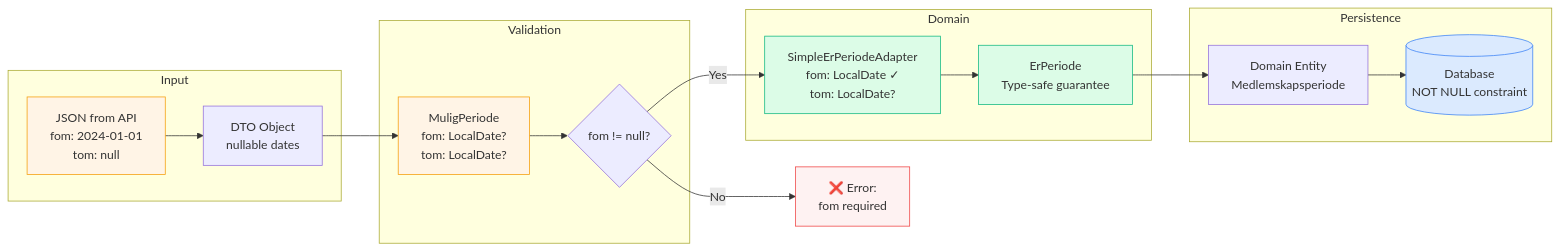
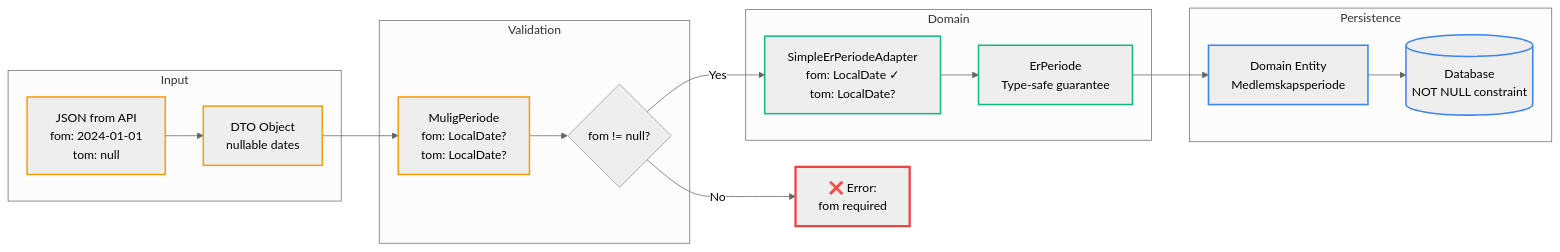
Before and after one commit to navikt/melosys-api: the fourth of 5 diagrams in ErPeriode-Solution.md, drawn with Mermaid. The commit also changed other lines of this file, not shown here.

````diff
--- a/ErPeriode-Solution.md
+++ b/ErPeriode-Solution.md
@@ -172,39 +181,43 @@
 ```mermaid
+%%{init: {'theme':'neutral'}}%%
 flowchart LR
     subgraph Input
         JSON[JSON from API<br/>fom: 2024-01-01<br/>tom: null]
         DTO[DTO Object<br/>nullable dates]
     end
 
     subgraph Validation
         MP[MuligPeriode<br/>fom: LocalDate?<br/>tom: LocalDate?]
 
         V{fom != null?}
     end
 
     subgraph Domain
         SEA[SimpleErPeriodeAdapter<br/>fom: LocalDate ✓<br/>tom: LocalDate?]
         EP[ErPeriode<br/>Type-safe guarantee]
     end
 
     subgraph Persistence
         ENT[Domain Entity<br/>Medlemskapsperiode]
         DB[(Database<br/>NOT NULL constraint)]
     end
 
     JSON --> DTO
     DTO --> MP
     MP --> V
     V -->|Yes| SEA
     V -->|No| ERR[❌ Error:<br/>fom required]
     SEA --> EP
     EP --> ENT
     ENT --> DB
 
-    style JSON fill:#fff4e6,stroke:#f59e0b
-    style MP fill:#fff4e6,stroke:#f59e0b
-    style SEA fill:#dcfce7,stroke:#10b981
-    style EP fill:#dcfce7,stroke:#10b981
-    style DB fill:#dbeafe,stroke:#3b82f6
-    style ERR fill:#fef2f2,stroke:#ef4444
+    classDef inputClass stroke:#f59e0b,stroke-width:2px
+    classDef domainClass stroke:#10b981,stroke-width:2px
+    classDef dbClass stroke:#3b82f6,stroke-width:2px
+    classDef errorClass stroke:#ef4444,stroke-width:3px
+
+    class JSON,DTO,MP inputClass
+    class SEA,EP domainClass
+    class ENT,DB dbClass
+    class ERR errorClass
 ```
````
